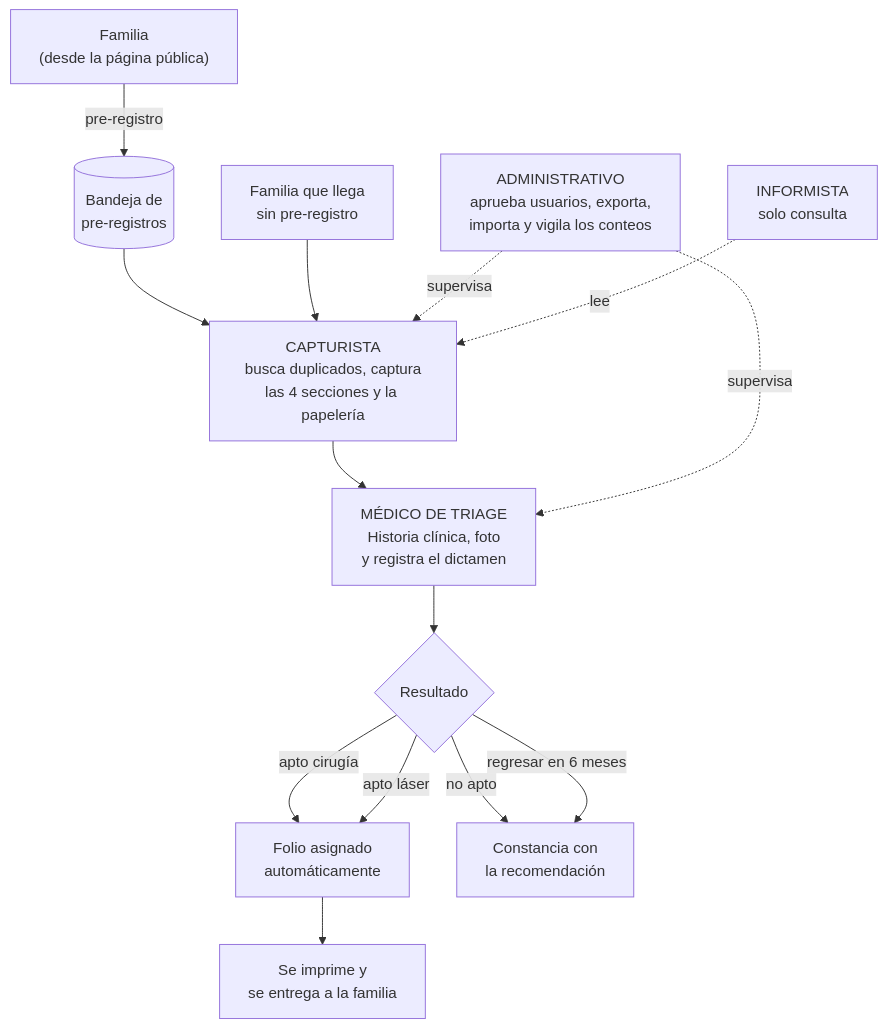
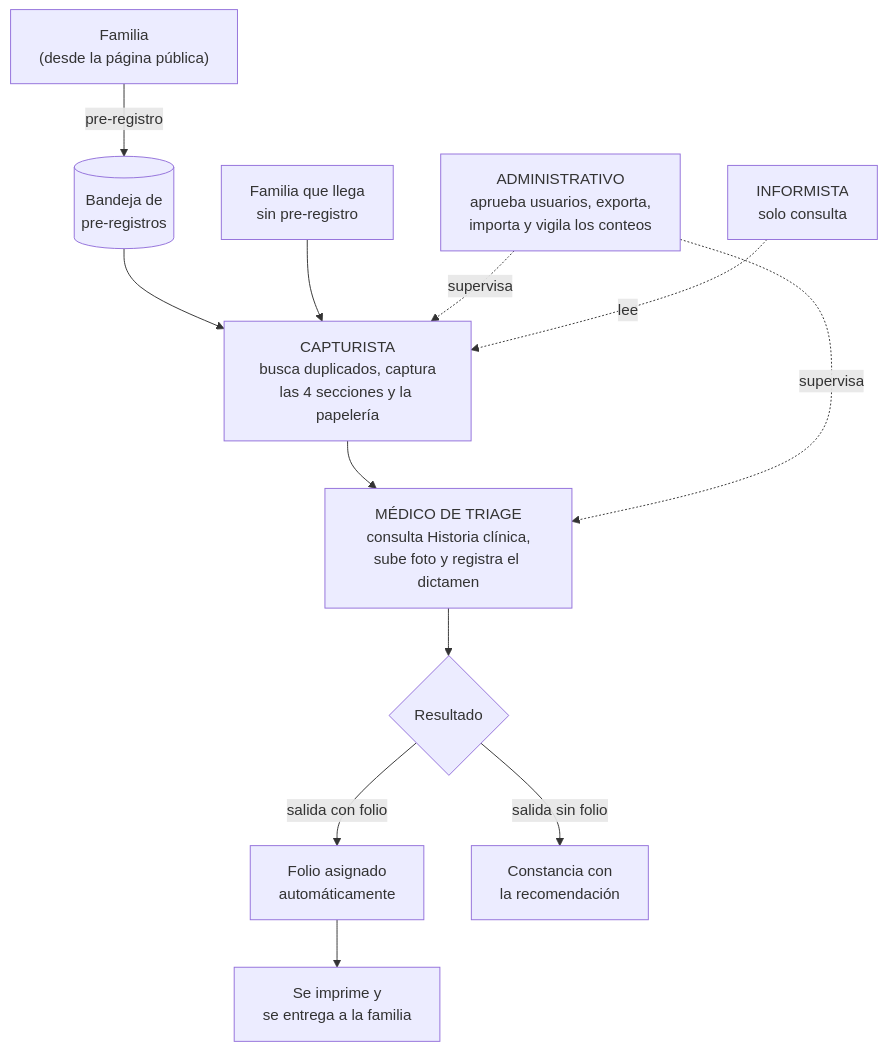
One commit to BenchHPZ/Programa-nuevo-amanecer changed the first of 3 diagrams in docs/MANUAL-ROLES.md. Above: the diagram before and after it, drawn with Mermaid. The commit also changed other lines of this file and 35 other files, not shown here.

````diff
--- a/docs/MANUAL-ROLES.md
+++ b/docs/MANUAL-ROLES.md
@@ -19,21 +19,19 @@
 ```mermaid
 flowchart TD
     Publico["Familia<br/>(desde la página pública)"] -->|pre-registro| Bandeja[(Bandeja de<br/>pre-registros)]
     Bandeja --> Cap
     Llega["Familia que llega<br/>sin pre-registro"] --> Cap
 
     Cap["CAPTURISTA<br/>busca duplicados, captura<br/>las 4 secciones y la papelería"] --> Med
 
-    Med["MÉDICO DE TRIAGE<br/>Historia clínica, foto<br/>y registra el dictamen"] --> Apto{Resultado}
+    Med["MÉDICO DE TRIAGE<br/>consulta Historia clínica,<br/>sube foto y registra el dictamen"] --> Apto{Resultado}
 
-    Apto -->|apto cirugía| Folio["Folio asignado<br/>automáticamente"]
-    Apto -->|apto láser| Folio
-    Apto -->|no apto| Const["Constancia con<br/>la recomendación"]
-    Apto -->|regresar en 6 meses| Const
+    Apto -->|salida con folio| Folio["Folio asignado<br/>automáticamente"]
+    Apto -->|salida sin folio| Const["Constancia con<br/>la recomendación"]
 
     Folio --> Imp["Se imprime y<br/>se entrega a la familia"]
 
     Adm["ADMINISTRATIVO<br/>aprueba usuarios, exporta,<br/>importa y vigila los conteos"] -.supervisa.-> Cap
     Adm -.supervisa.-> Med
     Inf["INFORMISTA<br/>solo consulta"] -.lee.-> Cap
 ```
````
